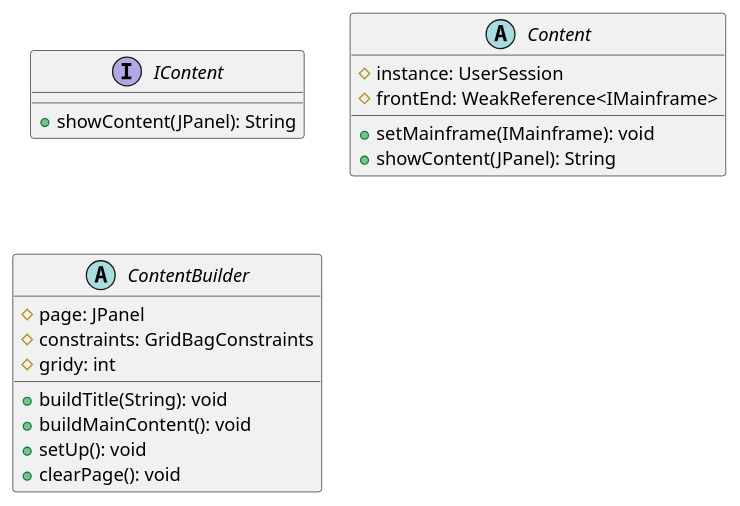
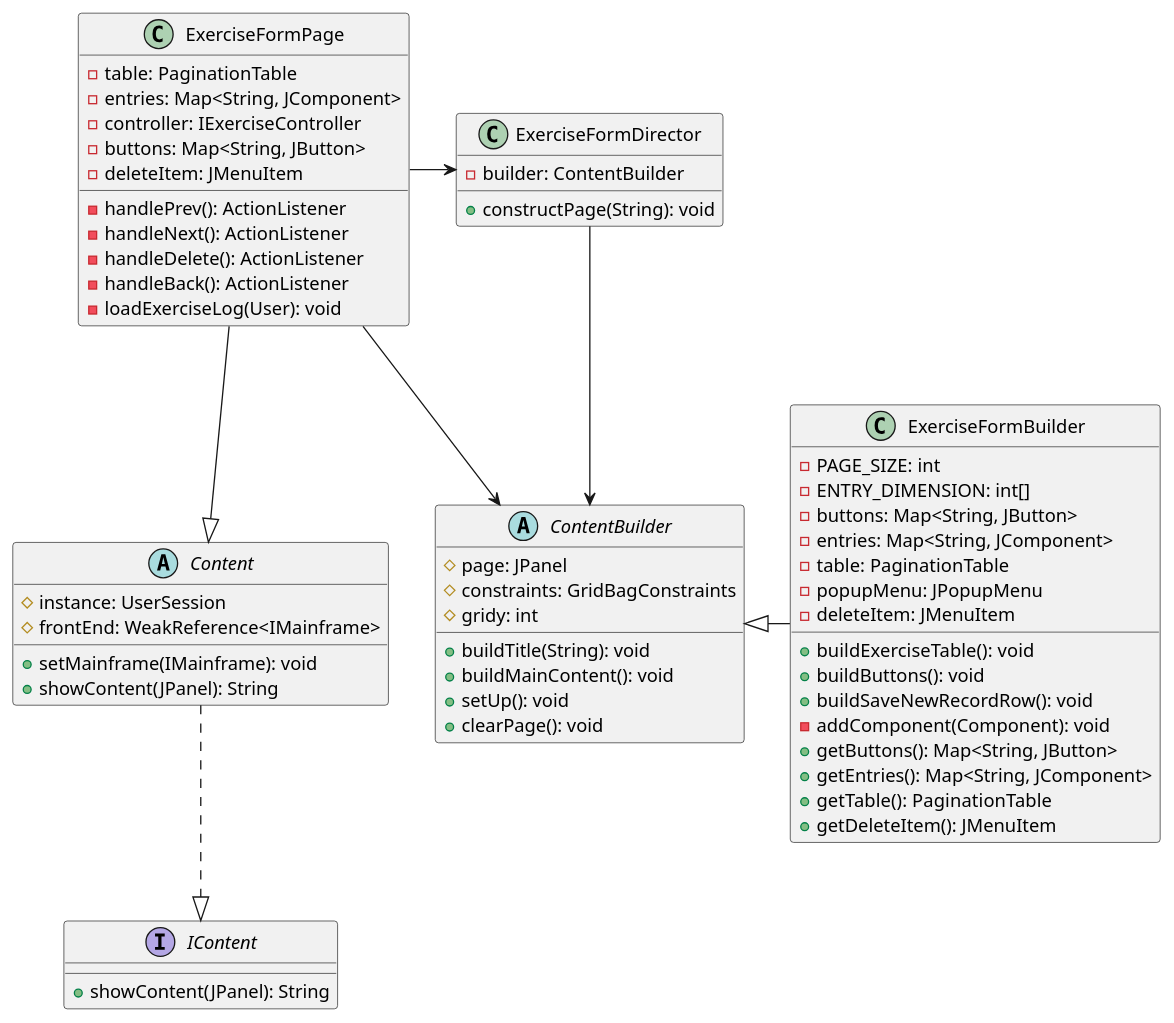
Before and after one commit to leidZhang/Nutrifit: the diagram in doc/class-diagram/frontend/exercise/ExerciseForm.puml, drawn with PlantUML. The commit also changed 8 other files, not shown here.

```diff
--- a/doc/class-diagram/frontend/exercise/ExerciseForm.puml
+++ b/doc/class-diagram/frontend/exercise/ExerciseForm.puml
@@ -1,27 +1,73 @@
 @startuml
 'https://plantuml.com/class-diagram
 
 interface IContent {
   +showContent(JPanel): String
 }
 
 abstract class Content {
     #instance: UserSession
     #frontEnd: WeakReference<IMainframe>
 
     +setMainframe(IMainframe): void
     +showContent(JPanel): String
 }
 
 abstract class ContentBuilder {
     #page: JPanel
     #constraints: GridBagConstraints
     #gridy: int
 
     +buildTitle(String): void
     +buildMainContent(): void
     +setUp(): void
     +clearPage(): void
 }
 
+class ExerciseFormPage {
+  - table: PaginationTable
+  - entries: Map<String, JComponent>
+  - controller: IExerciseController
+  - buttons: Map<String, JButton>
+  - deleteItem: JMenuItem
+
+  - handlePrev(): ActionListener
+  - handleNext(): ActionListener
+  - handleDelete(): ActionListener
+  - handleBack(): ActionListener
+  - loadExerciseLog(User): void
+}
+
+class ExerciseFormDirector {
+  - builder: ContentBuilder
+
+  + constructPage(String): void
+}
+
+class ExerciseFormBuilder {
+  - PAGE_SIZE: int
+  - ENTRY_DIMENSION: int[]
+  - buttons: Map<String, JButton>
+  - entries: Map<String, JComponent>
+  - table: PaginationTable
+  - popupMenu: JPopupMenu
+  - deleteItem: JMenuItem
+
+  + buildExerciseTable(): void
+  + buildButtons(): void
+  + buildSaveNewRecordRow(): void
+  - addComponent(Component): void
+  + getButtons(): Map<String, JButton>
+  + getEntries(): Map<String, JComponent>
+  + getTable(): PaginationTable
+  + getDeleteItem(): JMenuItem
+}
+
+ExerciseFormPage --|> Content
+Content ..|> IContent
+ExerciseFormBuilder -left-|> ContentBuilder
+ExerciseFormPage -right-> ExerciseFormDirector
+ExerciseFormPage --> ContentBuilder
+ExerciseFormDirector --> ContentBuilder
+
 @enduml
```
